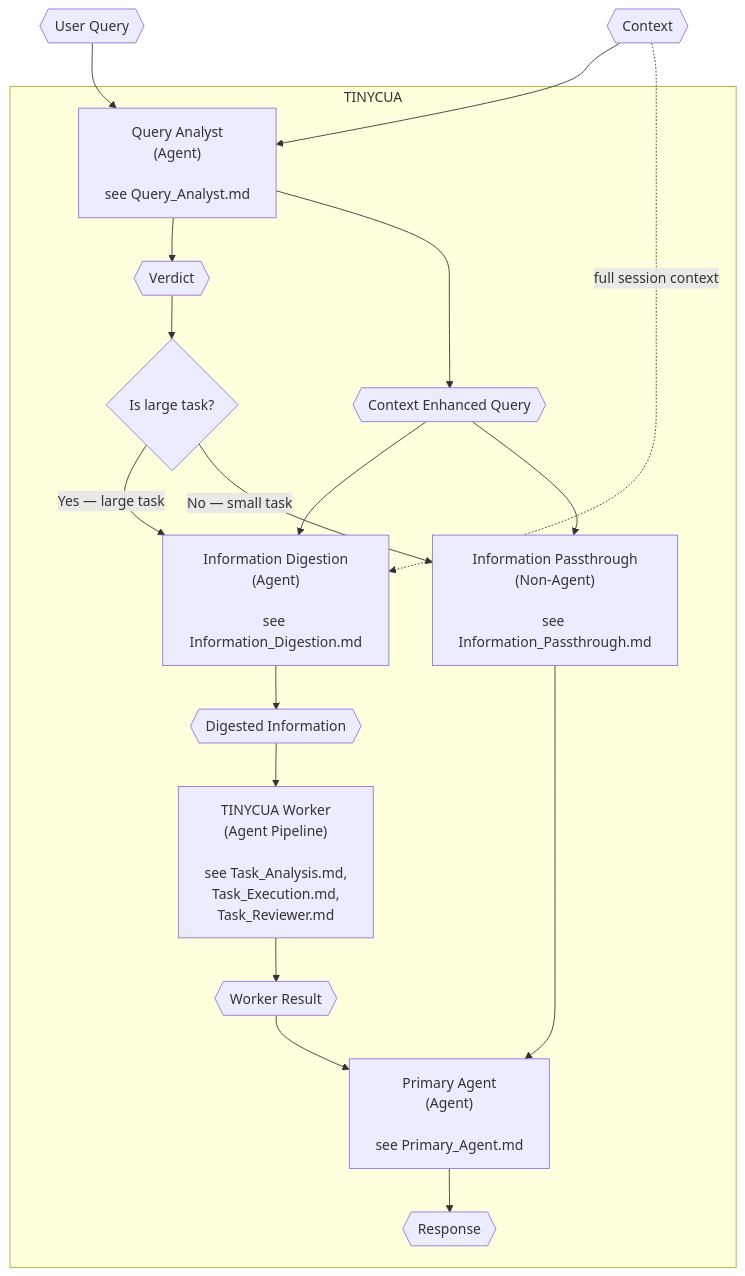
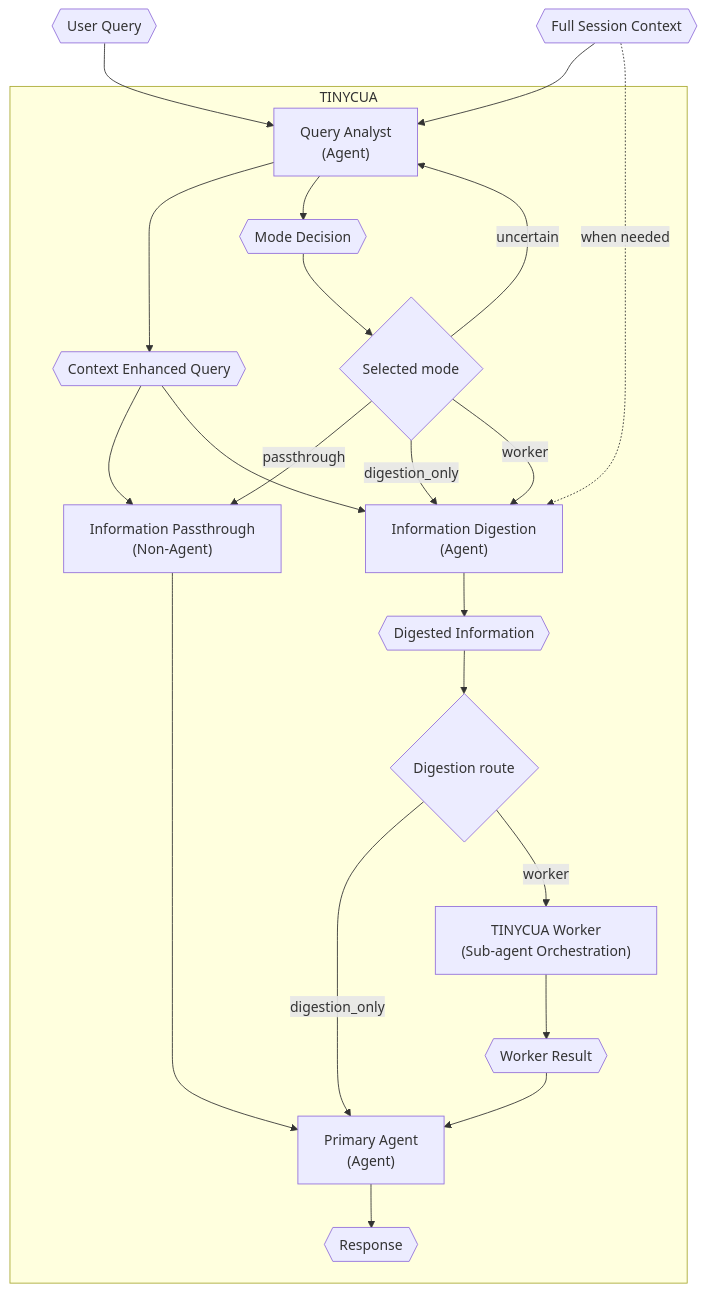
Before and after one commit to VJyzCELERY/TINYCUA: the diagram in src/tinycua/docs/architecture/overview.md, drawn with Mermaid. The commit also changed other lines of this file and 12 other files, not shown here.

Commit message:
docs(architecture): update with context-decomposition thesis and revised contracts

````diff
--- a/src/tinycua/docs/architecture/overview.md
+++ b/src/tinycua/docs/architecture/overview.md
@@ -21,42 +35,45 @@
 ```mermaid
 flowchart TD
     subgraph TINY["TINYCUA"]
-        QA["Query Analyst\n(Agent)\n\nsee Query_Analyst.md"]
-        VRD{{"Verdict"}}
+        QA["Query Analyst\n(Agent)"]
         CEQ{{"Context Enhanced Query"}}
-        DEC{"Is large task?"}
-        ID["Information Digestion\n(Agent)\n\nsee Information_Digestion.md"]
+        MD{{"Mode Decision"}}
+        ROUTE{"Selected mode"}
+        IP["Information Passthrough\n(Non-Agent)"]
+        ID["Information Digestion\n(Agent)"]
         DI{{"Digested Information"}}
-        TW["TINYCUA Worker\n(Agent Pipeline)\n\nsee Task_Analysis.md,\nTask_Execution.md,\nTask_Reviewer.md"]
+        AFTER_ID{"Digestion route"}
+        TW["TINYCUA Worker\n(Sub-agent Orchestration)"]
         WR{{"Worker Result"}}
-        IP["Information Passthrough\n(Non-Agent)\n\nsee Information_Passthrough.md"]
-        PA["Primary Agent\n(Agent)\n\nsee Primary_Agent.md"]
+        PA["Primary Agent\n(Agent)"]
         RESP{{"Response"}}
     end
 
-    UQ_EXT{{"User Query"}}
-    CTX_EXT{{"Context"}}
+    UQ{{"User Query"}}
+    FSC{{"Full Session Context"}}
 
-    UQ_EXT --> QA
-    CTX_EXT --> QA
-    QA --> VRD
+    UQ --> QA
+    FSC --> QA
     QA --> CEQ
-    
-    VRD --> DEC
-    
-    DEC -->|"Yes — large task"| ID
-    DEC -->|"No — small task"| IP
-    
+    QA --> MD
+    MD --> ROUTE
+
+    ROUTE -->|passthrough| IP
+    CEQ --> IP
+    IP --> PA
+
+    ROUTE -->|digestion_only| ID
     CEQ --> ID
-    CTX_EXT -.->|"full session context"| ID
-    CEQ --> IP
-    
+    FSC -. "when needed" .-> ID
     ID --> DI
-    DI --> TW
+
+    ROUTE -->|worker| ID
+    DI --> AFTER_ID
+    AFTER_ID -->|digestion_only| PA
+    AFTER_ID -->|worker| TW
     TW --> WR
     WR --> PA
-    
-    IP --> PA
-    
+
+    ROUTE -->|uncertain| QA
     PA --> RESP
 ```
````
